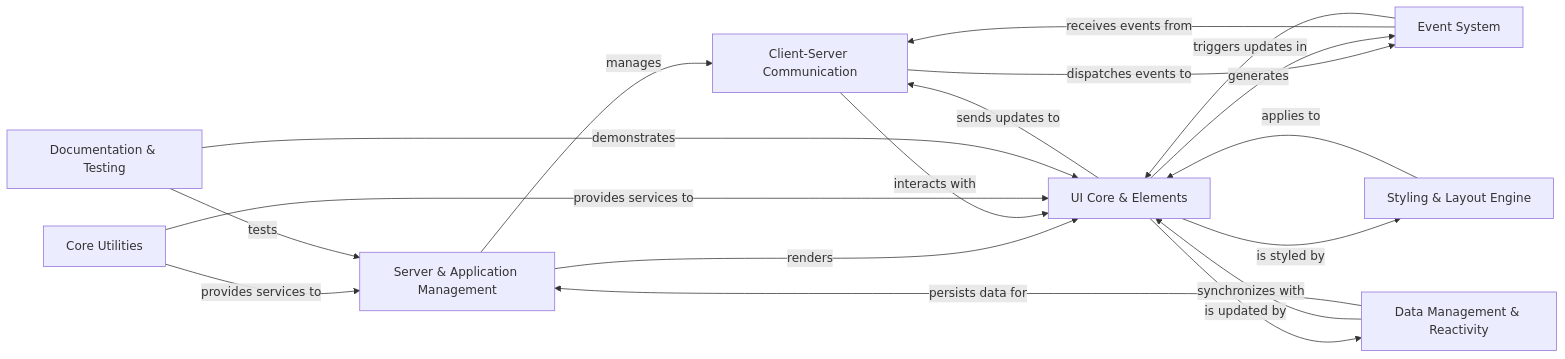
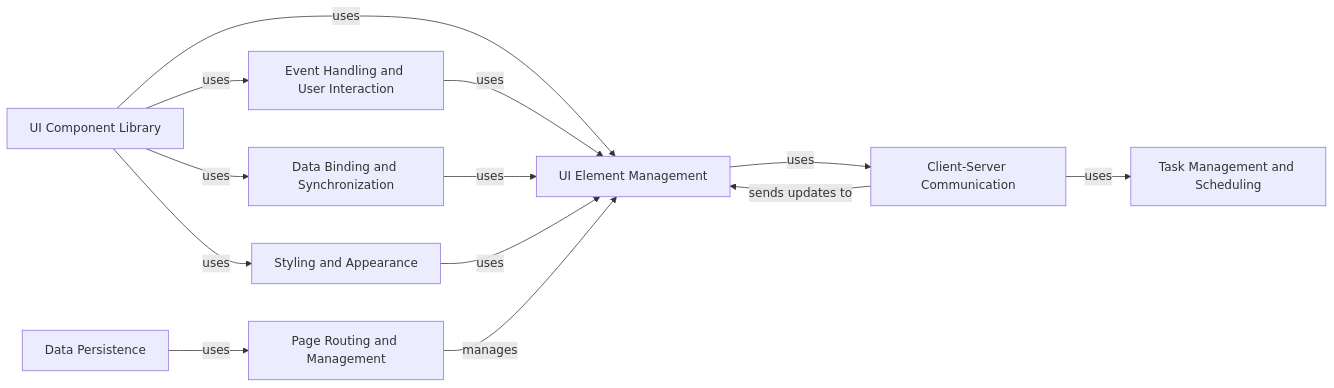
The diagram in nicegui/on_boarding.md (CodeBoarding/GeneratedOnBoardings), drawn with Mermaid before and after one commit. The commit also changed other lines of this file and 16 other files, not shown here.

````diff
--- a/nicegui/on_boarding.md
+++ b/nicegui/on_boarding.md
@@ -1,36 +1,33 @@
 ```mermaid
 graph LR
-    Server_Application_Management["Server & Application Management"]
+    UI_Element_Management["UI Element Management"]
+    Event_Handling_and_User_Interaction["Event Handling and User Interaction"]
     Client_Server_Communication["Client-Server Communication"]
-    UI_Core_Elements["UI Core & Elements"]
-    Styling_Layout_Engine["Styling & Layout Engine"]
-    Event_System["Event System"]
-    Data_Management_Reactivity["Data Management & Reactivity"]
-    Core_Utilities["Core Utilities"]
-    Documentation_Testing["Documentation & Testing"]
-    Server_Application_Management -- "manages" --> Client_Server_Communication
-    Server_Application_Management -- "renders" --> UI_Core_Elements
-    Client_Server_Communication -- "interacts with" --> UI_Core_Elements
-    Client_Server_Communication -- "dispatches events to" --> Event_System
-    UI_Core_Elements -- "sends updates to" --> Client_Server_Communication
-    UI_Core_Elements -- "is styled by" --> Styling_Layout_Engine
-    UI_Core_Elements -- "generates" --> Event_System
-    UI_Core_Elements -- "is updated by" --> Data_Management_Reactivity
-    Styling_Layout_Engine -- "applies to" --> UI_Core_Elements
-    Event_System -- "receives events from" --> Client_Server_Communication
-    Event_System -- "triggers updates in" --> UI_Core_Elements
-    Data_Management_Reactivity -- "synchronizes with" --> UI_Core_Elements
-    Data_Management_Reactivity -- "persists data for" --> Server_Application_Management
-    Core_Utilities -- "provides services to" --> Server_Application_Management
-    Core_Utilities -- "provides services to" --> UI_Core_Elements
-    Documentation_Testing -- "tests" --> Server_Application_Management
-    Documentation_Testing -- "demonstrates" --> UI_Core_Elements
-    click Server_Application_Management href "https://github.com/CodeBoarding/GeneratedOnBoardings/blob/main/nicegui/Server & Application Management.md" "Details"
+    Data_Binding_and_Synchronization["Data Binding and Synchronization"]
+    Task_Management_and_Scheduling["Task Management and Scheduling"]
+    UI_Component_Library["UI Component Library"]
+    Styling_and_Appearance["Styling and Appearance"]
+    Page_Routing_and_Management["Page Routing and Management"]
+    Data_Persistence["Data Persistence"]
+    Event_Handling_and_User_Interaction -- "uses" --> UI_Element_Management
+    Client_Server_Communication -- "sends updates to" --> UI_Element_Management
+    Data_Binding_and_Synchronization -- "uses" --> UI_Element_Management
+    UI_Component_Library -- "uses" --> UI_Element_Management
+    UI_Component_Library -- "uses" --> Event_Handling_and_User_Interaction
+    UI_Component_Library -- "uses" --> Data_Binding_and_Synchronization
+    UI_Component_Library -- "uses" --> Styling_and_Appearance
+    Page_Routing_and_Management -- "manages" --> UI_Element_Management
+    Data_Persistence -- "uses" --> Page_Routing_and_Management
+    Client_Server_Communication -- "uses" --> Task_Management_and_Scheduling
+    UI_Element_Management -- "uses" --> Client_Server_Communication
+    Styling_and_Appearance -- "uses" --> UI_Element_Management
+    click UI_Element_Management href "https://github.com/CodeBoarding/GeneratedOnBoardings/blob/main/nicegui/UI Element Management.md" "Details"
+    click Event_Handling_and_User_Interaction href "https://github.com/CodeBoarding/GeneratedOnBoardings/blob/main/nicegui/Event Handling and User Interaction.md" "Details"
     click Client_Server_Communication href "https://github.com/CodeBoarding/GeneratedOnBoardings/blob/main/nicegui/Client-Server Communication.md" "Details"
-    click UI_Core_Elements href "https://github.com/CodeBoarding/GeneratedOnBoardings/blob/main/nicegui/UI Core & Elements.md" "Details"
-    click Styling_Layout_Engine href "https://github.com/CodeBoarding/GeneratedOnBoardings/blob/main/nicegui/Styling & Layout Engine.md" "Details"
-    click Event_System href "https://github.com/CodeBoarding/GeneratedOnBoardings/blob/main/nicegui/Event System.md" "Details"
-    click Data_Management_Reactivity href "https://github.com/CodeBoarding/GeneratedOnBoardings/blob/main/nicegui/Data Management & Reactivity.md" "Details"
-    click Core_Utilities href "https://github.com/CodeBoarding/GeneratedOnBoardings/blob/main/nicegui/Core Utilities.md" "Details"
-    click Documentation_Testing href "https://github.com/CodeBoarding/GeneratedOnBoardings/blob/main/nicegui/Documentation & Testing.md" "Details"
+    click Data_Binding_and_Synchronization href "https://github.com/CodeBoarding/GeneratedOnBoardings/blob/main/nicegui/Data Binding and Synchronization.md" "Details"
+    click Task_Management_and_Scheduling href "https://github.com/CodeBoarding/GeneratedOnBoardings/blob/main/nicegui/Task Management and Scheduling.md" "Details"
+    click UI_Component_Library href "https://github.com/CodeBoarding/GeneratedOnBoardings/blob/main/nicegui/UI Component Library.md" "Details"
+    click Styling_and_Appearance href "https://github.com/CodeBoarding/GeneratedOnBoardings/blob/main/nicegui/Styling and Appearance.md" "Details"
+    click Page_Routing_and_Management href "https://github.com/CodeBoarding/GeneratedOnBoardings/blob/main/nicegui/Page Routing and Management.md" "Details"
+    click Data_Persistence href "https://github.com/CodeBoarding/GeneratedOnBoardings/blob/main/nicegui/Data Persistence.md" "Details"
 ```
````
